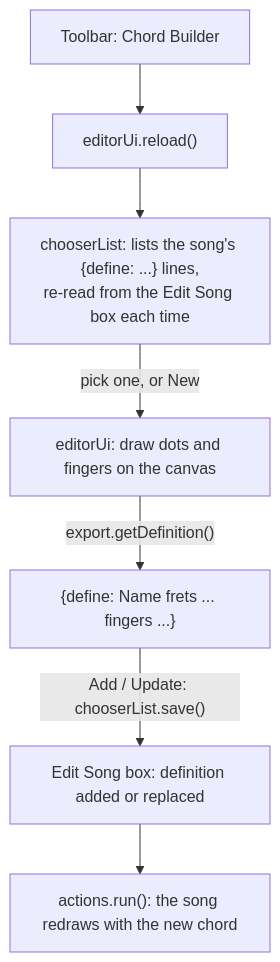
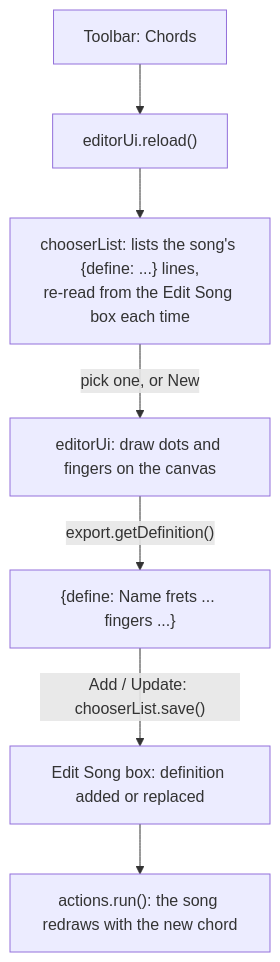
The sixth of 6 diagrams in docs/ARCHITECTURE.md (buzcarter/song-editor), drawn with Mermaid before and after one commit. The commit also changed other lines of this file and 10 other files, not shown here.

````diff
--- a/docs/ARCHITECTURE.md
+++ b/docs/ARCHITECTURE.md
@@ -170,9 +170,9 @@
 ```mermaid
 flowchart TD
-  btn["Toolbar: Chord Builder"] --> reload["editorUi.reload()"]
+  btn["Toolbar: Chords"] --> reload["editorUi.reload()"]
   reload --> list["chooserList: lists the song's {define: ...} lines,<br/>re-read from the Edit Song box each time"]
   list -- "pick one, or New" --> builder["editorUi: draw dots and fingers on the canvas"]
   builder -- "export.getDefinition()" --> def["{define: Name frets ... fingers ...}"]
   def -- "Add / Update: chooserList.save()" --> box["Edit Song box: definition added or replaced"]
   box --> run["actions.run(): the song redraws with the new chord"]
 ```
````
